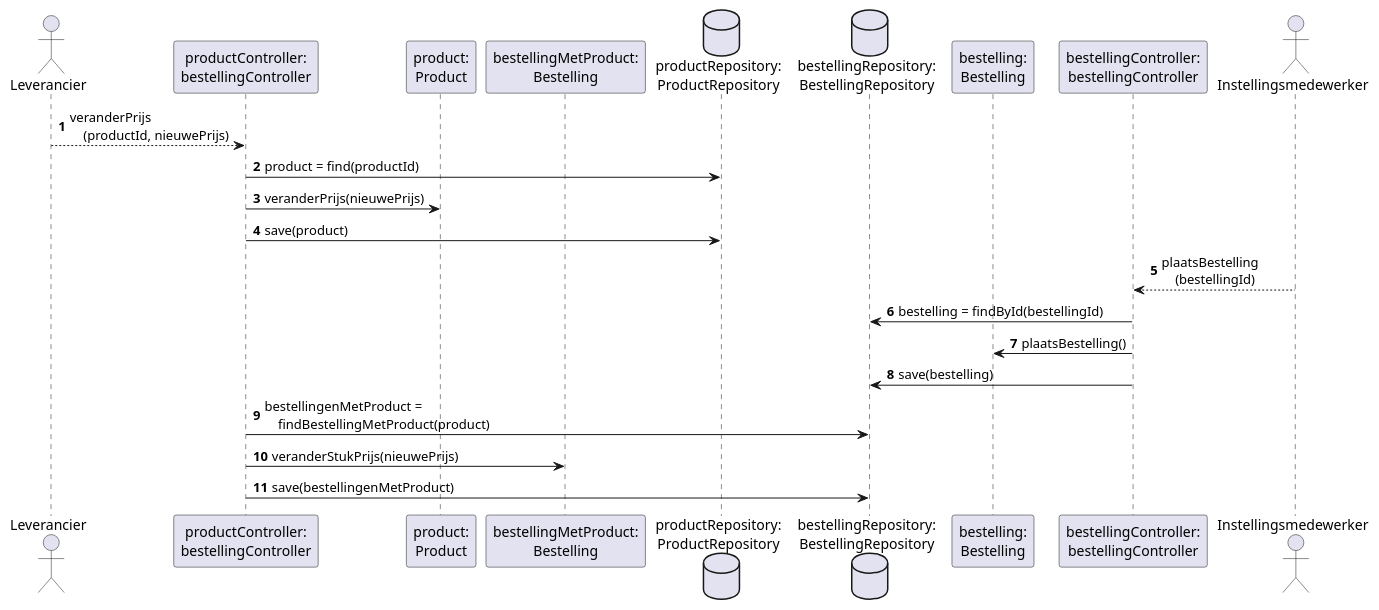
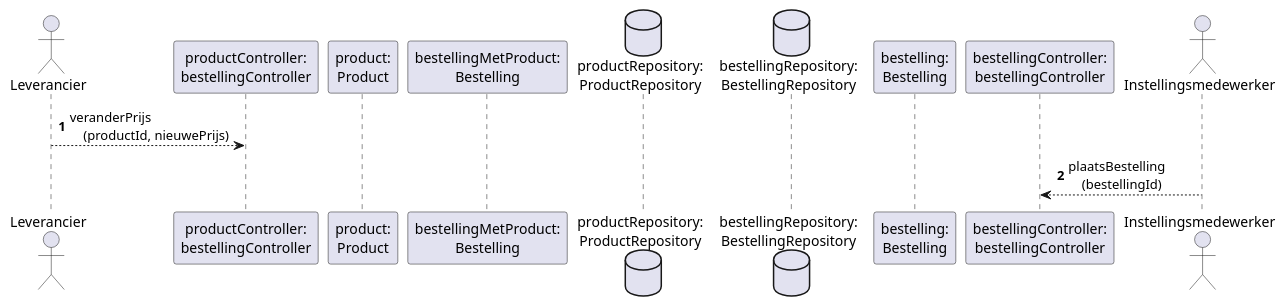
The diagram in oefeningen/les-3/voorbereiding/onderdeel2/jouw-uitwerking.puml (AIM-ENE/doex-opdracht-3), drawn with PlantUML before and after one commit. The commit also changed 1 other file, not shown here.

```diff
--- a/oefeningen/les-3/voorbereiding/onderdeel2/jouw-uitwerking.puml
+++ b/oefeningen/les-3/voorbereiding/onderdeel2/jouw-uitwerking.puml
@@ -1,49 +1,27 @@
 @startuml
 
 autonumber
 
 actor Leverancier
 
 participant productController as "productController:\nbestellingController"
 participant product as "product:\nProduct"
 participant bestellingMetProduct as "bestellingMetProduct:\nBestelling"
 
 database productRepository as "productRepository:\nProductRepository"
 database bestellingRepository as "bestellingRepository:\nBestellingRepository"
 
 participant bestelling as "bestelling:\nBestelling"
 participant bestellingController as "bestellingController:\nbestellingController"
 
 
 actor Instellingsmedewerker as Instelling
 
 Leverancier --> productController: veranderPrijs\n\
     (productId, nieuwePrijs)
 
-productController -> productRepository: product = find(productId)
-
-productController -> product: veranderPrijs(nieuwePrijs)
-
-
-
-productController -> productRepository: save(product)
-
 Instelling --> bestellingController: plaatsBestelling\n\
     (bestellingId)
 
-bestellingController -> bestellingRepository: bestelling = findById(bestellingId)
-
-bestellingController -> bestelling: plaatsBestelling()
-
-
-bestellingController -> bestellingRepository: save(bestelling)
-
-productController -> bestellingRepository: bestellingenMetProduct =\n\
-    findBestellingMetProduct(product)
-
-productController -> bestellingMetProduct: veranderStukPrijs(nieuwePrijs)
-
-
-productController -> bestellingRepository: save(bestellingenMetProduct)
 
 @enduml
```
